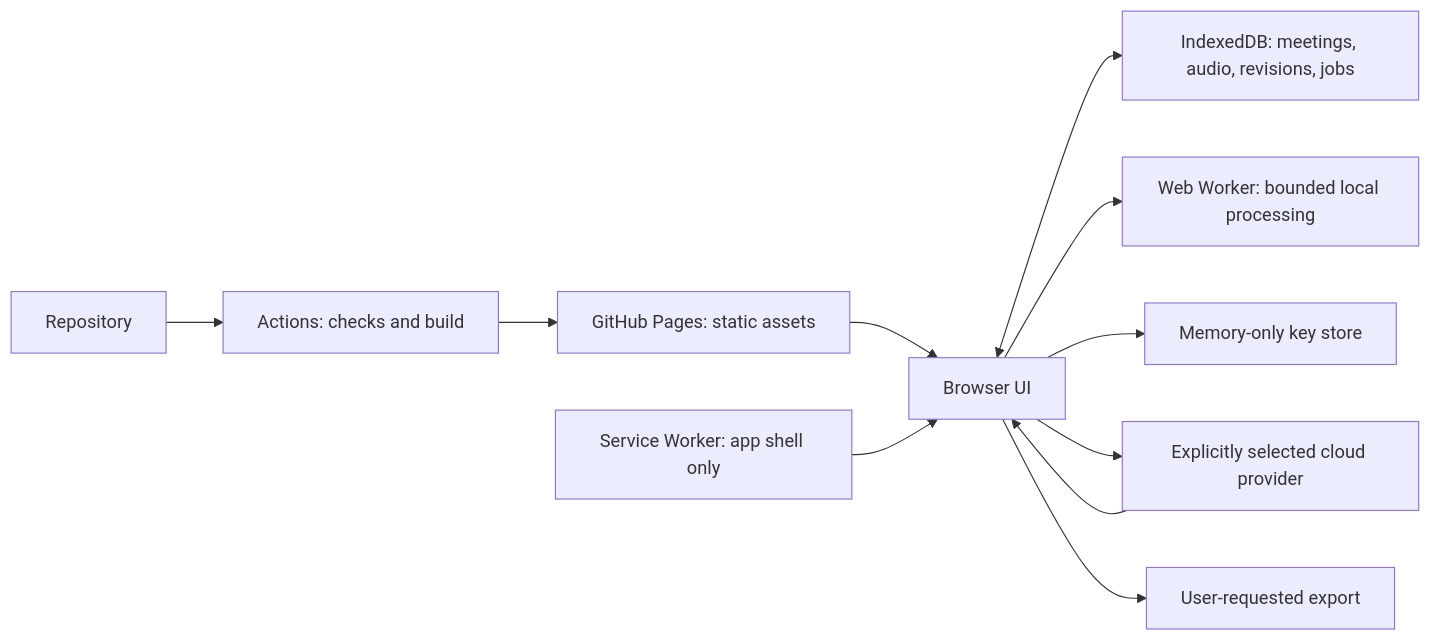
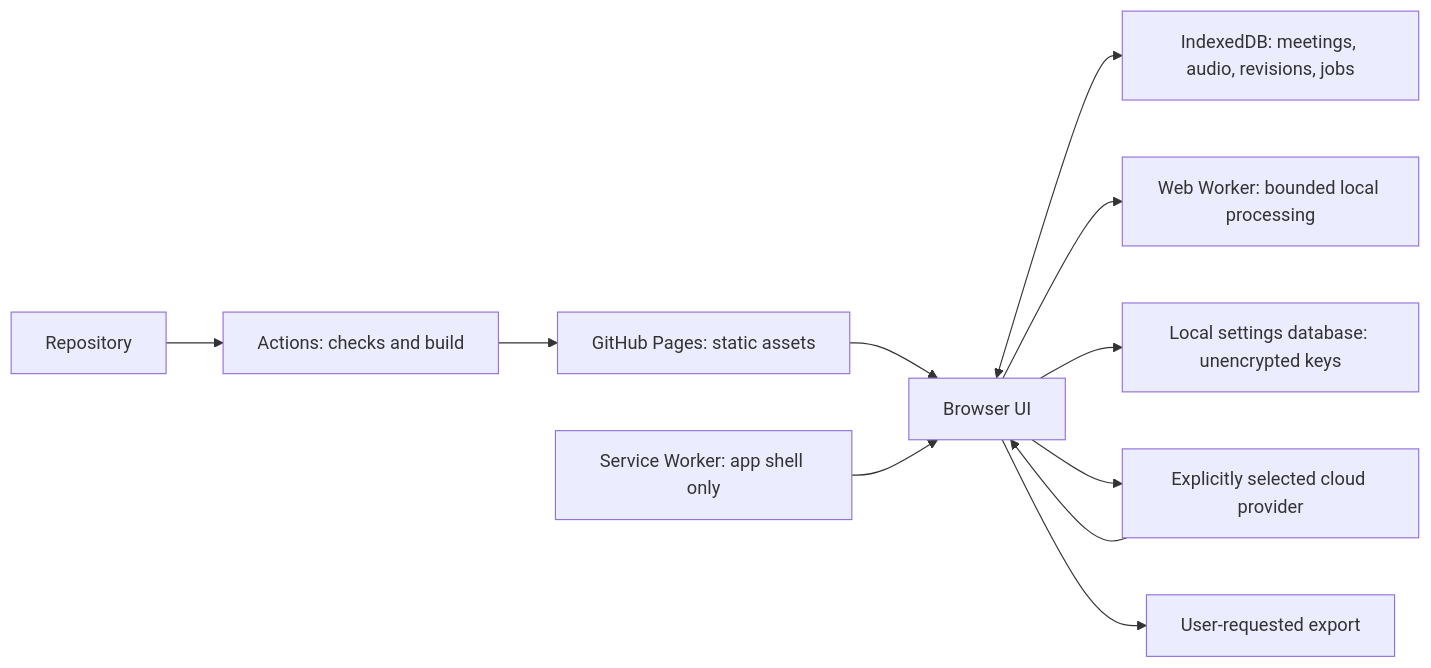
The diagram in docs/ARCHITECTURE.md (yapweijun1996/PWA-AI-Meeting-Memo-BYOK), drawn with Mermaid before and after one commit. The commit also changed other lines of this file and 19 other files, not shown here.

Commit message:
Persist browser settings and provider keys

````diff
--- a/docs/ARCHITECTURE.md
+++ b/docs/ARCHITECTURE.md
@@ -9,13 +9,13 @@
 ```mermaid
 flowchart LR
     R[Repository] --> C[Actions: checks and build]
     C --> H[GitHub Pages: static assets]
     H --> U[Browser UI]
     U <--> D[IndexedDB: meetings, audio, revisions, jobs]
     U --> W[Web Worker: bounded local processing]
-    U --> K[Memory-only key store]
+    U --> K[Local settings database: unencrypted keys]
     U --> P[Explicitly selected cloud provider]
     P --> U
     U --> E[User-requested export]
     S[Service Worker: app shell only] --> U
 ```
````
